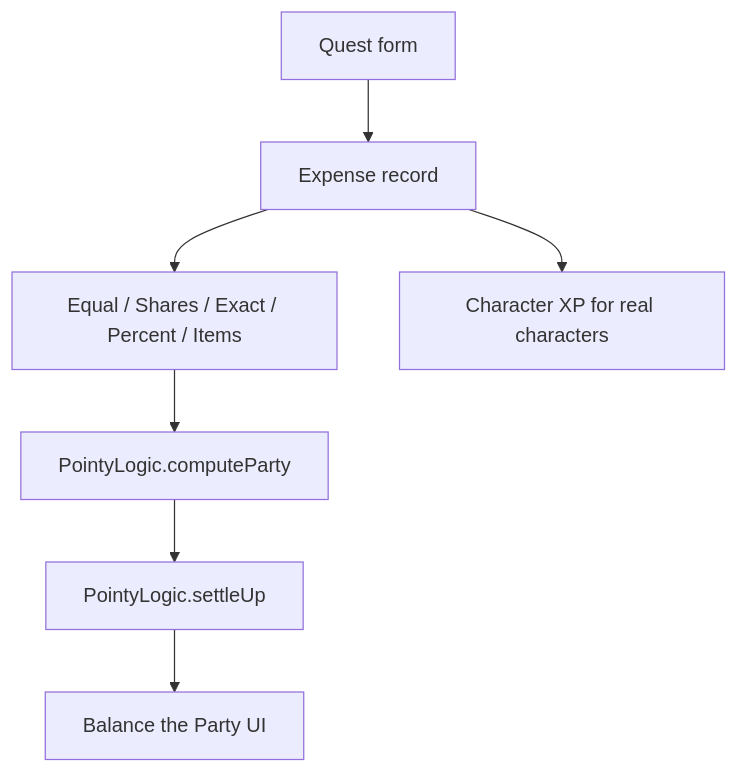
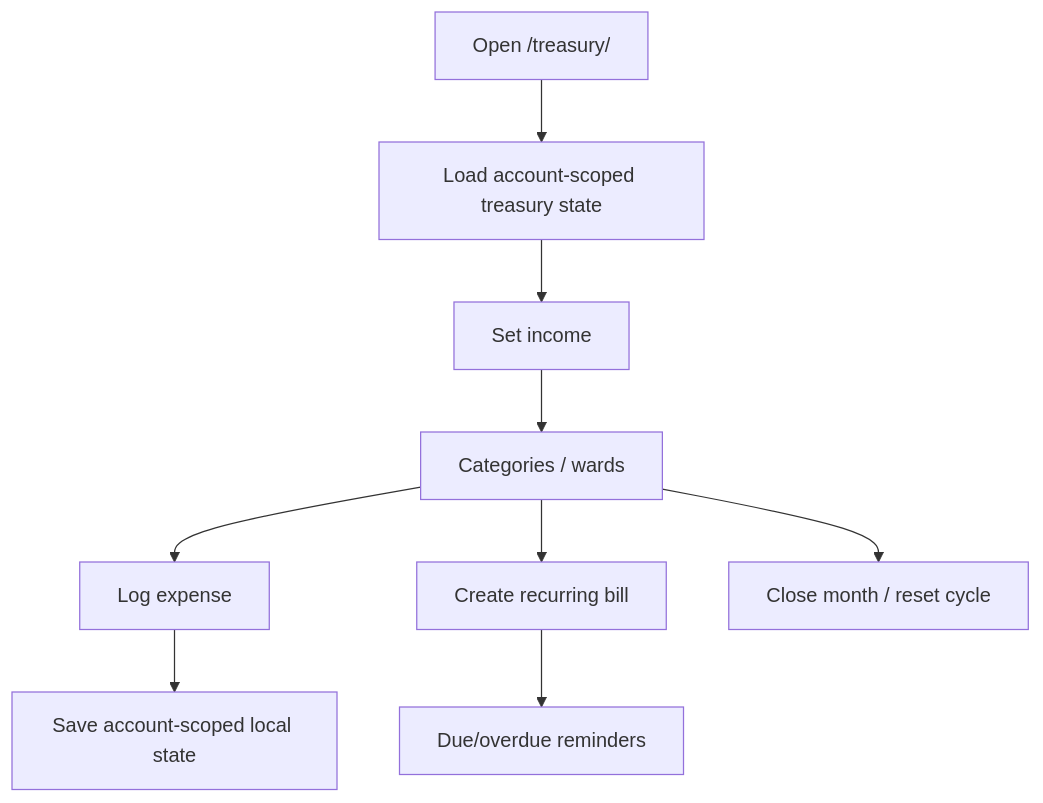
Diagram 11 of 17 in SITE_MAP_AND_INTERACTIONS.md (purichw/coin-quest-ledger), drawn with Mermaid before and after one commit. The commit also changed other lines of this file and 5 other files, not shown here.

````diff
--- a/SITE_MAP_AND_INTERACTIONS.md
+++ b/SITE_MAP_AND_INTERACTIONS.md
@@ -117,9 +330,11 @@
 ```mermaid
 flowchart TD
-  Form["Quest form"] --> Expense["Expense record"]
-  Expense --> SplitMode["Equal / Shares / Exact / Percent / Items"]
-  SplitMode --> ComputeParty["PointyLogic.computeParty"]
-  ComputeParty --> Settle["PointyLogic.settleUp"]
-  Settle --> Balance["Balance the Party UI"]
-  Expense --> CharacterXP["Character XP for real characters"]
+  OpenTreasury["Open /treasury/"] --> Load["Load account-scoped treasury state"]
+  Load --> Income["Set income"]
+  Income --> Wards["Categories / wards"]
+  Wards --> Expense["Log expense"]
+  Wards --> Bills["Create recurring bill"]
+  Bills --> Reminders["Due/overdue reminders"]
+  Expense --> Save["Save account-scoped local state"]
+  Wards --> CloseMonth["Close month / reset cycle"]
 ```
````
